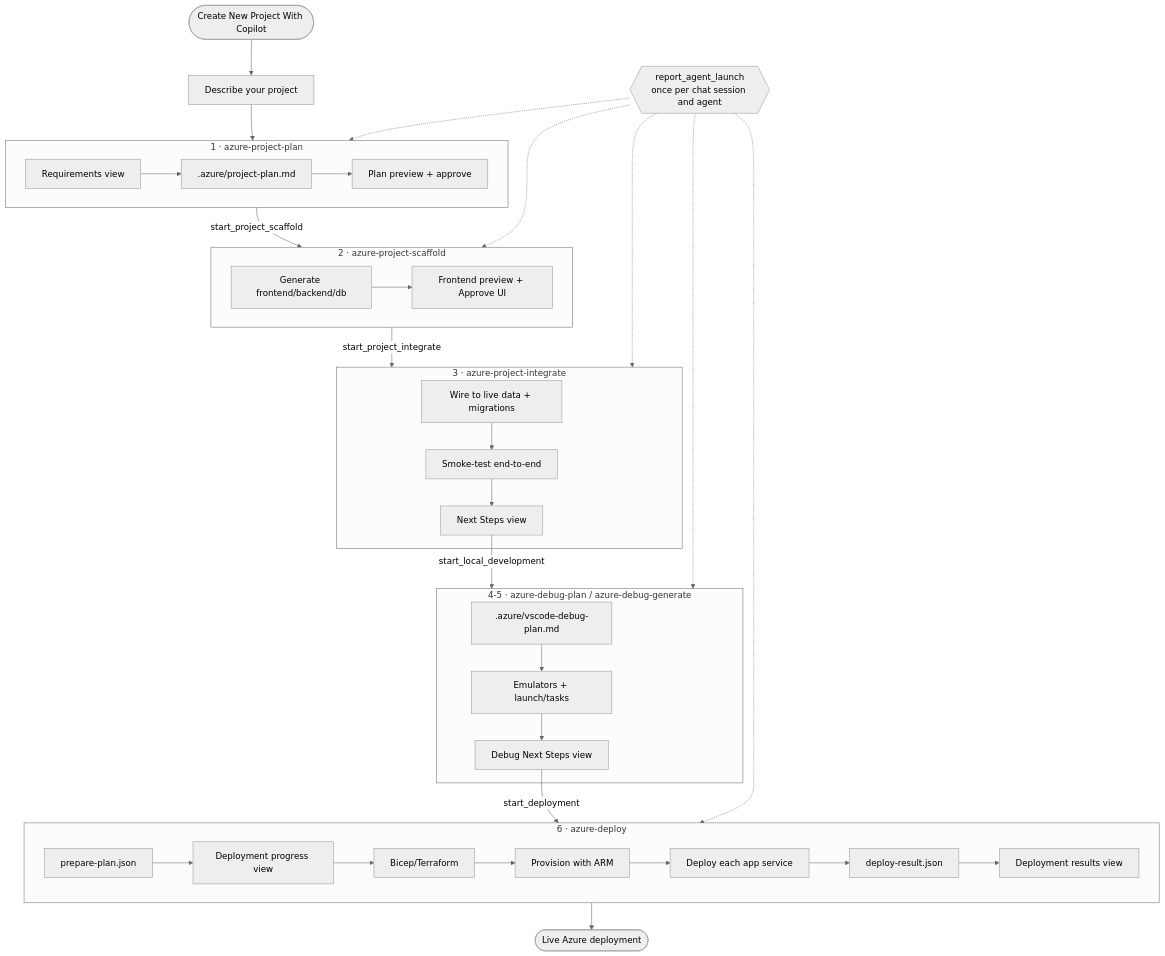
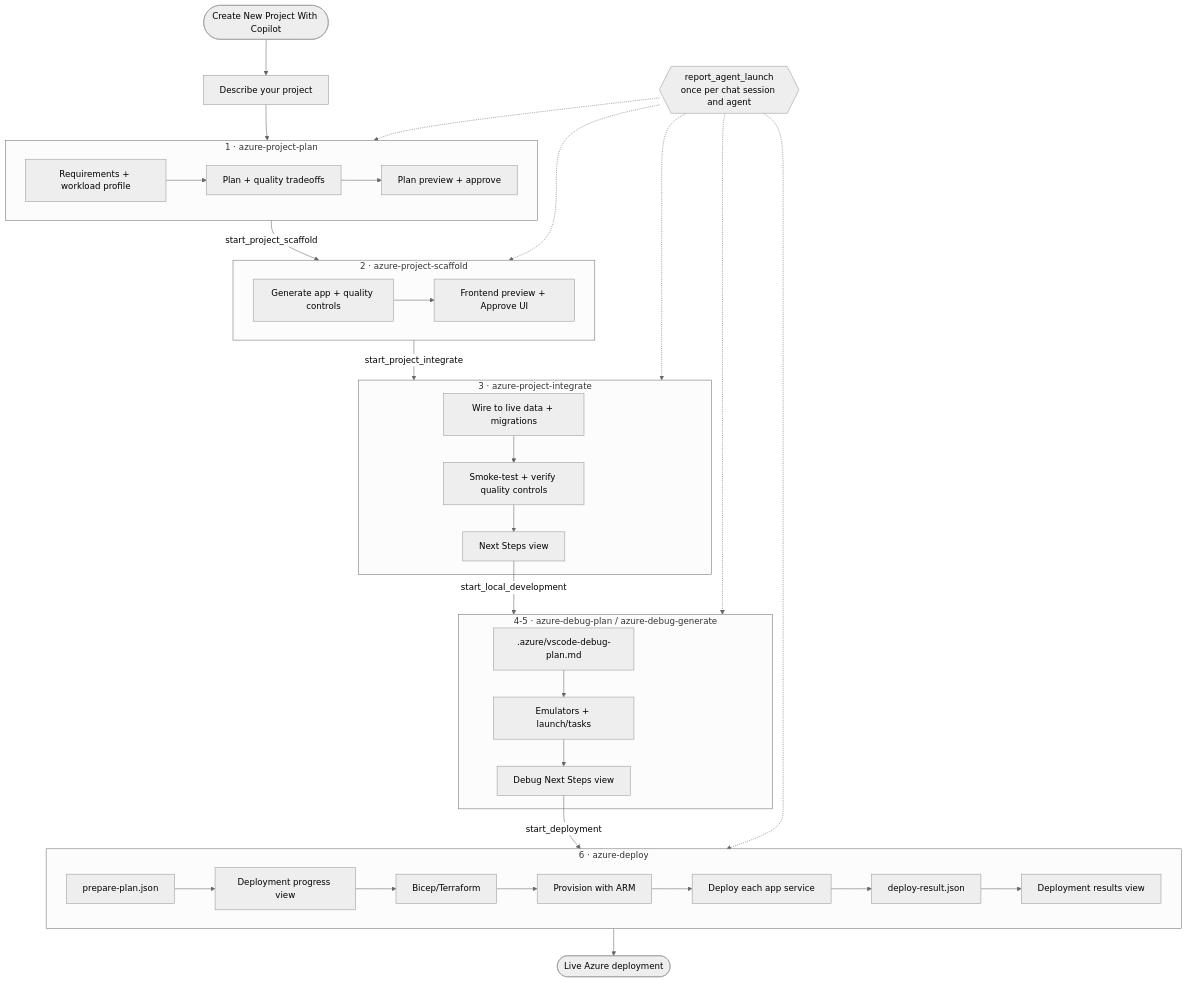
Before and after one commit to microsoft/vscode-azureresourcegroups: the diagram in docs/copilot-create-project.md, drawn with Mermaid (neutral theme). The commit also changed other lines of this file and 50 other files, not shown here.

````diff
--- a/docs/copilot-create-project.md
+++ b/docs/copilot-create-project.md
@@ -71,41 +73,41 @@
 ```mermaid
 flowchart TD
     Start(["Create New Project With Copilot"]) --> Prompt["Describe your project"]
     Prompt --> Plan
     StartupReport{{"report_agent_launch<br/>once per chat session and agent"}}
 
     subgraph Plan["1 · azure-project-plan"]
-        Req["Requirements view"] --> PlanDoc[".azure/project-plan.md"] --> PlanView["Plan preview + approve"]
+        Req["Requirements + workload profile"] --> PlanDoc["Plan + quality tradeoffs"] --> PlanView["Plan preview + approve"]
     end
 
     Plan -->|"start_project_scaffold"| Scaffold
 
     subgraph Scaffold["2 · azure-project-scaffold"]
-        Gen["Generate frontend/backend/db"] --> Preview["Frontend preview + Approve UI"]
+        Gen["Generate app + quality controls"] --> Preview["Frontend preview + Approve UI"]
     end
 
     Scaffold -->|"start_project_integrate"| Integrate
 
     subgraph Integrate["3 · azure-project-integrate"]
-        Wire["Wire to live data + migrations"] --> Smoke["Smoke-test end-to-end"] --> Next1["Next Steps view"]
+        Wire["Wire to live data + migrations"] --> Smoke["Smoke-test + verify quality controls"] --> Next1["Next Steps view"]
     end
 
     Next1 -->|"start_local_development"| Debug
 
     subgraph Debug["4-5 · azure-debug-plan / azure-debug-generate"]
         DbgPlan[".azure/vscode-debug-plan.md"] --> DbgGen["Emulators + launch/tasks"] --> Next2["Debug Next Steps view"]
     end
 
     Next2 -->|"start_deployment"| Deploy
 
     subgraph Deploy["6 · azure-deploy"]
         DepPlan["prepare-plan.json"] --> Progress["Deployment progress view"] --> Infra["Bicep/Terraform"] --> Arm["Provision with ARM"] --> CodeDeploy["Deploy each app service"] --> DepResult["deploy-result.json"] --> ResultView["Deployment results view"]
     end
 
     StartupReport -.-> Plan
     StartupReport -.-> Scaffold
     StartupReport -.-> Integrate
     StartupReport -.-> Debug
     StartupReport -.-> Deploy
     Deploy --> Done(["Live Azure deployment"])
 ```
````
